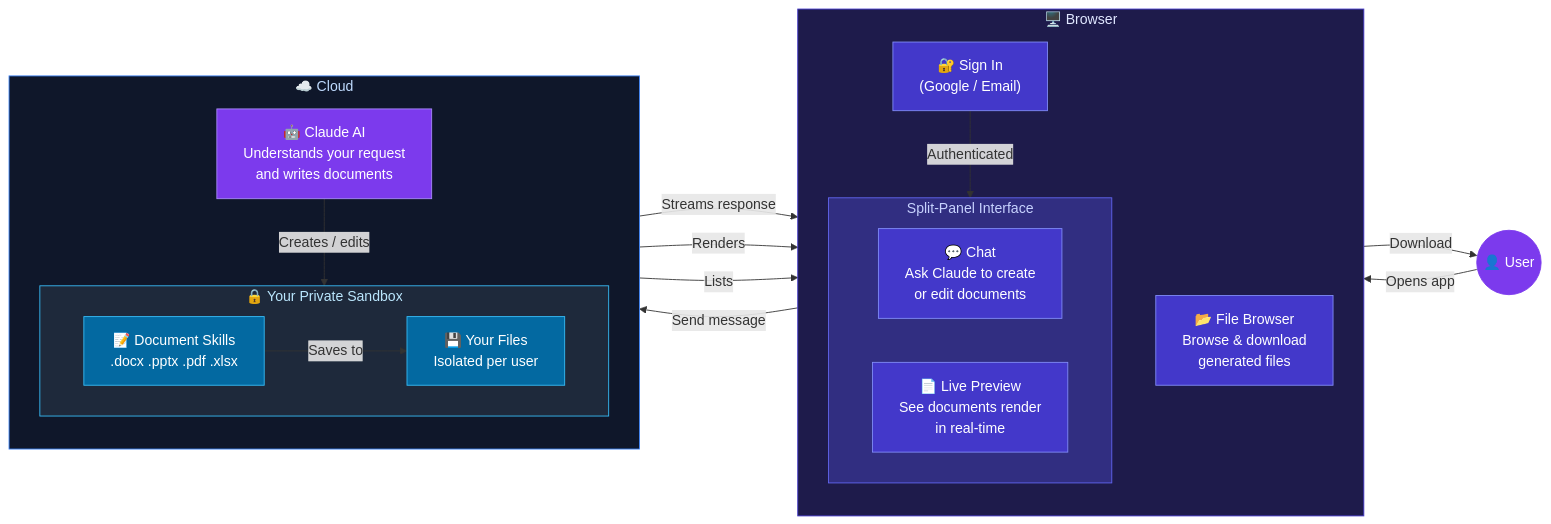
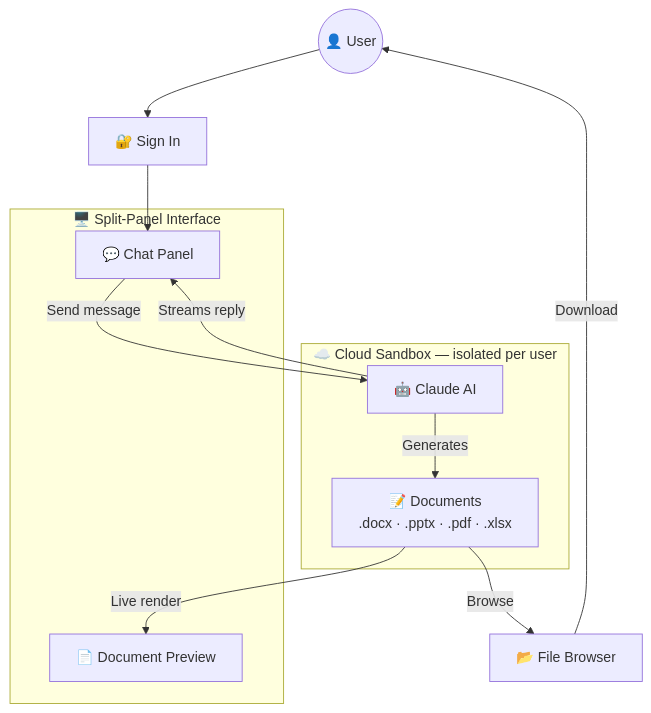
One commit to hassan11196/CloudCanvasAI changed the first of 2 diagrams in README.md. Above: the diagram before and after it, drawn with Mermaid.

Commit message:
Simplify user-focused architecture diagram for cleaner rendering

````diff
--- a/README.md
+++ b/README.md
@@ -7,51 +7,23 @@
 ```mermaid
-graph LR
-    User(("👤 User"))
+flowchart TD
+    User(("👤 User")) --> Login["🔐 Sign In"]
+    Login --> Chat["💬 Chat Panel"]
 
-    subgraph Browser["🖥️ Browser"]
-        direction TB
-        Login["🔐 Sign In\n(Google / Email)"]
+    Chat -->|"Send message"| AI["🤖 Claude AI"]
+    AI -->|"Streams reply"| Chat
 
-        subgraph SplitPanel["Split-Panel Interface"]
-            direction LR
-            ChatPanel["💬 Chat\nAsk Claude to create\nor edit documents"]
-            DocPanel["📄 Live Preview\nSee documents render\nin real-time"]
-        end
+    AI -->|"Generates"| Docs["📝 Documents\n.docx · .pptx · .pdf · .xlsx"]
+    Docs -->|"Live render"| Preview["📄 Document Preview"]
+    Docs -->|"Browse"| Files["📂 File Browser"]
+    Files -->|"Download"| User
 
-        FileExplorer["📂 File Browser\nBrowse & download\ngenerated files"]
+    subgraph "🖥️  Split-Panel Interface"
+        Chat
+        Preview
     end
 
-    subgraph Cloud["☁️ Cloud"]
-        direction TB
-        AI["🤖 Claude AI\nUnderstands your request\nand writes documents"]
-
-        subgraph Sandbox["🔒 Your Private Sandbox"]
-            direction LR
-            DocSkills["📝 Document Skills\n.docx  .pptx  .pdf  .xlsx"]
-            Files["💾 Your Files\nIsolated per user"]
-        end
+    subgraph "☁️  Cloud Sandbox — isolated per user"
+        AI
+        Docs
     end
-
-    User -->|"Opens app"| Login
-    Login -->|"Authenticated"| SplitPanel
-    ChatPanel -->|"Send message"| AI
-    AI -->|"Streams response"| ChatPanel
-    AI -->|"Creates / edits"| DocSkills
-    DocSkills -->|"Saves to"| Files
-    Files -->|"Renders"| DocPanel
-    Files -->|"Lists"| FileExplorer
-    FileExplorer -->|"Download"| User
-
-    style User fill:#7c3aed,stroke:#7c3aed,color:#fff
-    style Browser fill:#1e1b4b,stroke:#4338ca,color:#e0e7ff
-    style SplitPanel fill:#312e81,stroke:#6366f1,color:#c7d2fe
-    style Cloud fill:#0f172a,stroke:#3b82f6,color:#bfdbfe
-    style Sandbox fill:#1e293b,stroke:#38bdf8,color:#bae6fd
-    style ChatPanel fill:#4338ca,stroke:#818cf8,color:#fff
-    style DocPanel fill:#4338ca,stroke:#818cf8,color:#fff
-    style AI fill:#7c3aed,stroke:#a78bfa,color:#fff
-    style DocSkills fill:#0369a1,stroke:#38bdf8,color:#fff
-    style Files fill:#0369a1,stroke:#38bdf8,color:#fff
-    style Login fill:#4338ca,stroke:#818cf8,color:#fff
-    style FileExplorer fill:#4338ca,stroke:#818cf8,color:#fff
 ```
````
